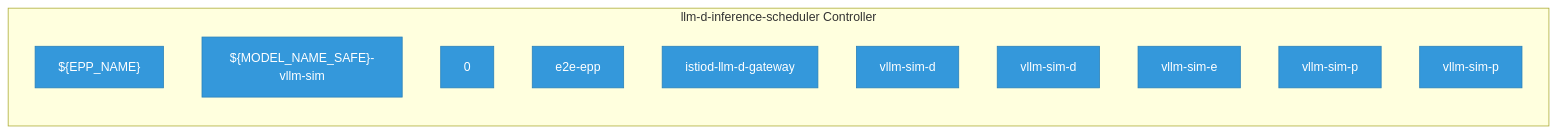
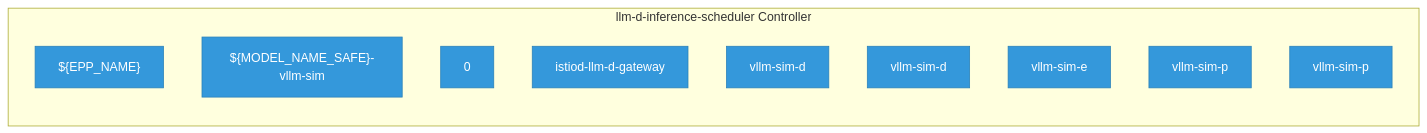
One commit to ugiordan/architecture-analyzer changed the diagram in site/docs/odh-platform/components/llm_d_inference_scheduler/index.md. Above: the diagram before and after it, drawn with Mermaid. The commit also changed other lines of this file and 299 other files, not shown here.

````diff
--- a/site/docs/odh-platform/components/llm_d_inference_scheduler/index.md
+++ b/site/docs/odh-platform/components/llm_d_inference_scheduler/index.md
@@ -25,33 +25,31 @@
 ```mermaid
 graph LR
     %% Component architecture for llm-d-inference-scheduler
 
     classDef crd fill:#e74c3c,stroke:#c0392b,color:#fff
     classDef controller fill:#3498db,stroke:#2980b9,color:#fff
     classDef owned fill:#2ecc71,stroke:#27ae60,color:#fff
     classDef external fill:#95a5a6,stroke:#7f8c8d,color:#fff
     classDef dep fill:#f39c12,stroke:#e67e22,color:#fff
 
     subgraph controller["llm-d-inference-scheduler Controller"]
         dep_1["${EPP_NAME}"]
         class dep_1 controller
         dep_2["${MODEL_NAME_SAFE}-vllm-sim"]
         class dep_2 controller
         dep_3["0"]
         class dep_3 controller
-        dep_4["e2e-epp"]
+        dep_4["istiod-llm-d-gateway"]
         class dep_4 controller
-        dep_5["istiod-llm-d-gateway"]
+        dep_5["vllm-sim-d"]
         class dep_5 controller
         dep_6["vllm-sim-d"]
         class dep_6 controller
-        dep_7["vllm-sim-d"]
+        dep_7["vllm-sim-e"]
         class dep_7 controller
-        dep_8["vllm-sim-e"]
+        dep_8["vllm-sim-p"]
         class dep_8 controller
         dep_9["vllm-sim-p"]
         class dep_9 controller
-        dep_10["vllm-sim-p"]
-        class dep_10 controller
     end
 ```
````
